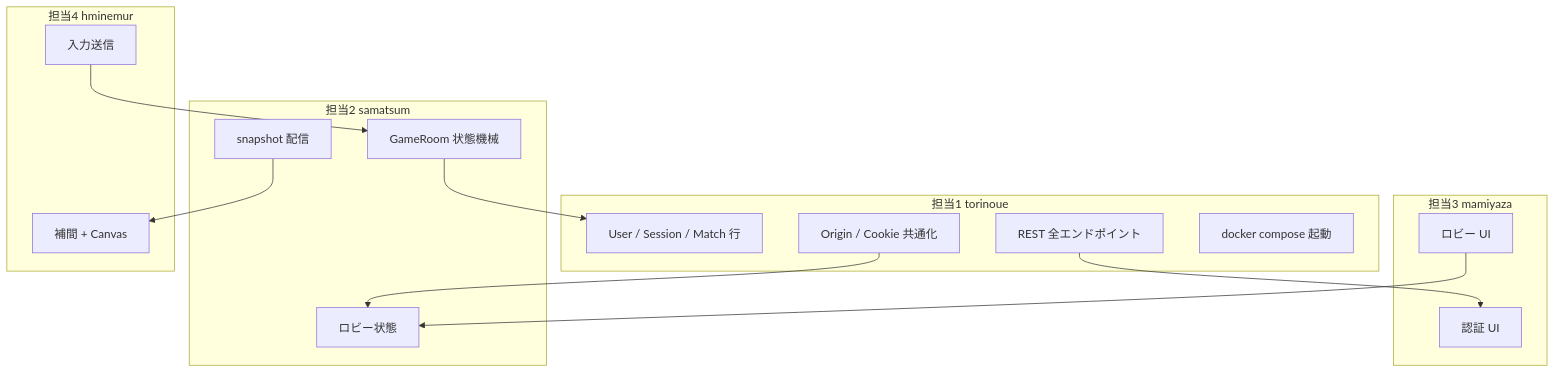
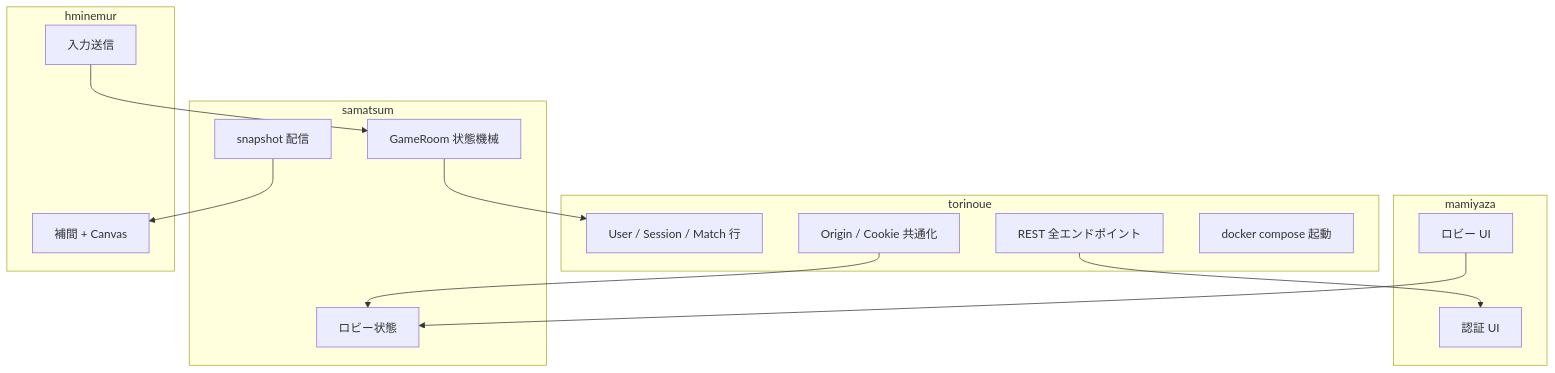
The fifth of 5 diagrams in md_files/torinoue/torinoue_データフロー図.md (samatsum/ft_Transcendence), drawn with Mermaid before and after one commit. The commit also changed other lines of this file and 15 other files, not shown here.

````diff
--- a/md_files/torinoue/torinoue_データフロー図.md
+++ b/md_files/torinoue/torinoue_データフロー図.md
@@ -140,29 +140,29 @@
 ```mermaid
 flowchart TB
-  subgraph T1["担当1 torinoue"]
+  subgraph T1["torinoue"]
     A1[User / Session / Match 行]
     A2[REST 全エンドポイント]
     A3[Origin / Cookie 共通化]
     A4[docker compose 起動]
   end
-  subgraph T2["担当2 samatsum"]
+  subgraph T2["samatsum"]
     B1[ロビー状態]
     B2[GameRoom 状態機械]
     B3[snapshot 配信]
   end
-  subgraph T3["担当3 mamiyaza"]
+  subgraph T3["mamiyaza"]
     C1[認証 UI]
     C2[ロビー UI]
   end
-  subgraph T4["担当4 hminemur"]
+  subgraph T4["hminemur"]
     D1[補間 + Canvas]
     D2[入力送信]
   end
 
   A2 --> C1
   A3 --> B1
   B3 --> D1
   C2 --> B1
   D2 --> B2
   B2 --> A1
 ```
````
